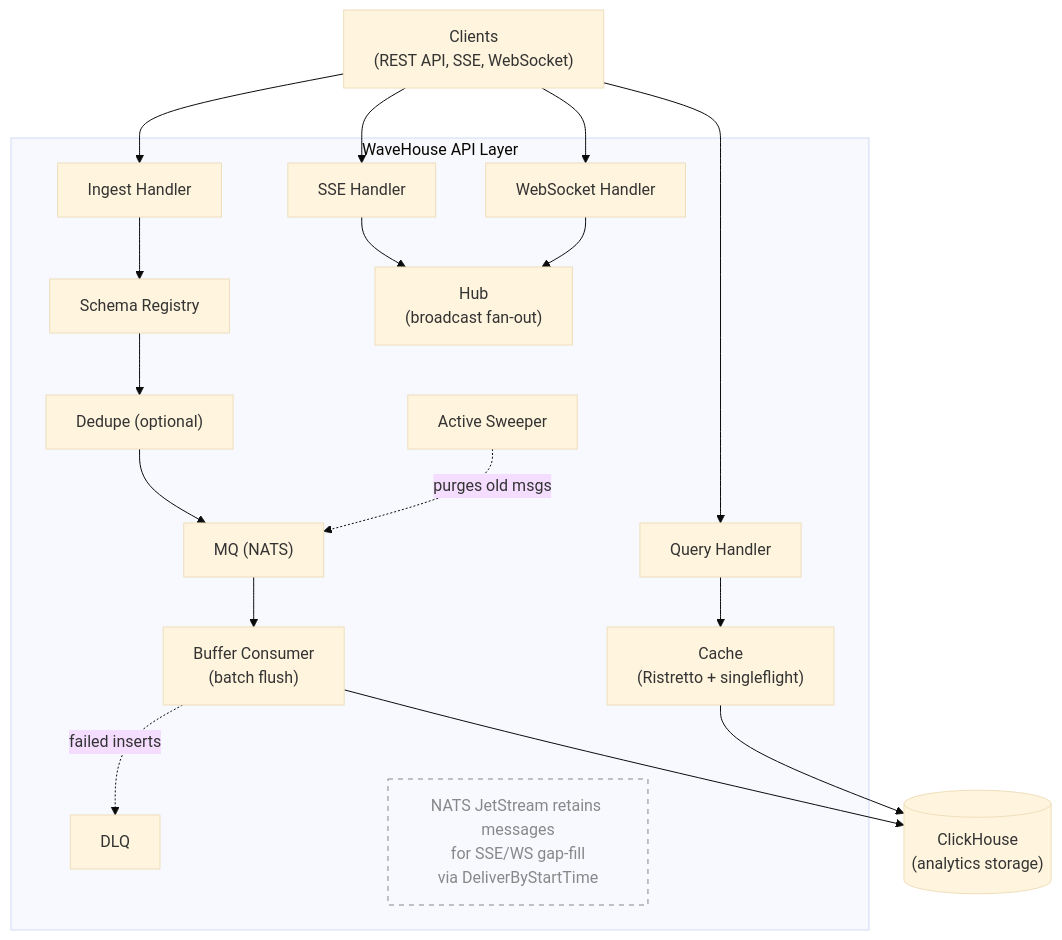
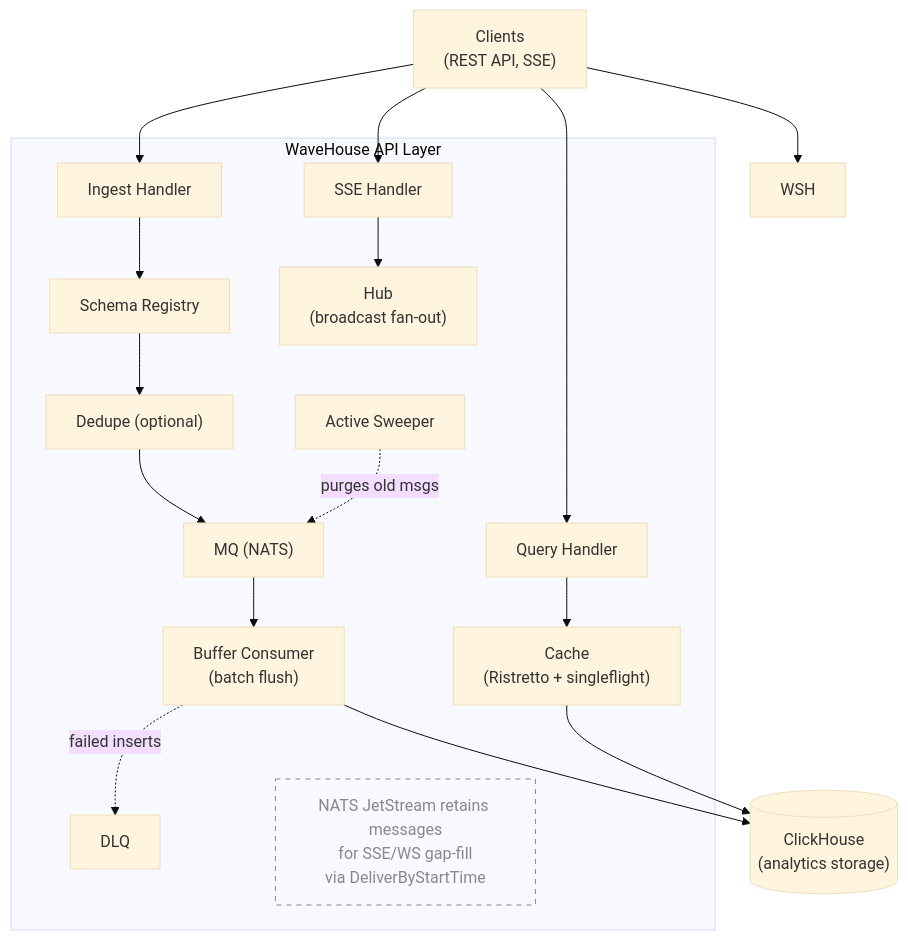
One commit to Wave-RF/WaveHouse changed the diagram in docs/src/content/docs/architecture.md. Above: the diagram before and after it, drawn with Mermaid (base theme). The commit also changed other lines of this file and 21 other files, not shown here.

````diff
--- a/docs/src/content/docs/architecture.md
+++ b/docs/src/content/docs/architecture.md
@@ -14,31 +14,30 @@
 ```mermaid
 flowchart TD
-    Clients["Clients<br/>(REST API, SSE, WebSocket)"]
+    Clients["Clients<br/>(REST API, SSE)"]
 
     Clients --> IH
     Clients --> QH
     Clients --> SSH
     Clients --> WSH
 
     subgraph api["WaveHouse API Layer"]
         IH["Ingest Handler"] --> SR["Schema Registry"]
         SR --> DD["Dedupe (optional)"]
         DD --> MQ["MQ (NATS)"]
         MQ --> BC["Buffer Consumer<br/>(batch flush)"]
         BC -.->|failed inserts| DLQ["DLQ"]
 
         QH["Query Handler"] --> Cache["Cache<br/>(Ristretto + singleflight)"]
 
         SSH["SSE Handler"] --> Hub["Hub<br/>(broadcast fan-out)"]
-        WSH["WebSocket Handler"] --> Hub
 
         SW["Active Sweeper"] -.->|purges old msgs| MQ
 
         NATS["NATS JetStream retains messages<br/>for SSE/WS gap-fill<br/>via DeliverByStartTime"]
     end
 
     BC --> CH[("ClickHouse<br/>(analytics storage)")]
     Cache --> CH
 
     style NATS fill:none,stroke-dasharray:5 5,stroke:#888,color:#888
 ```
````
